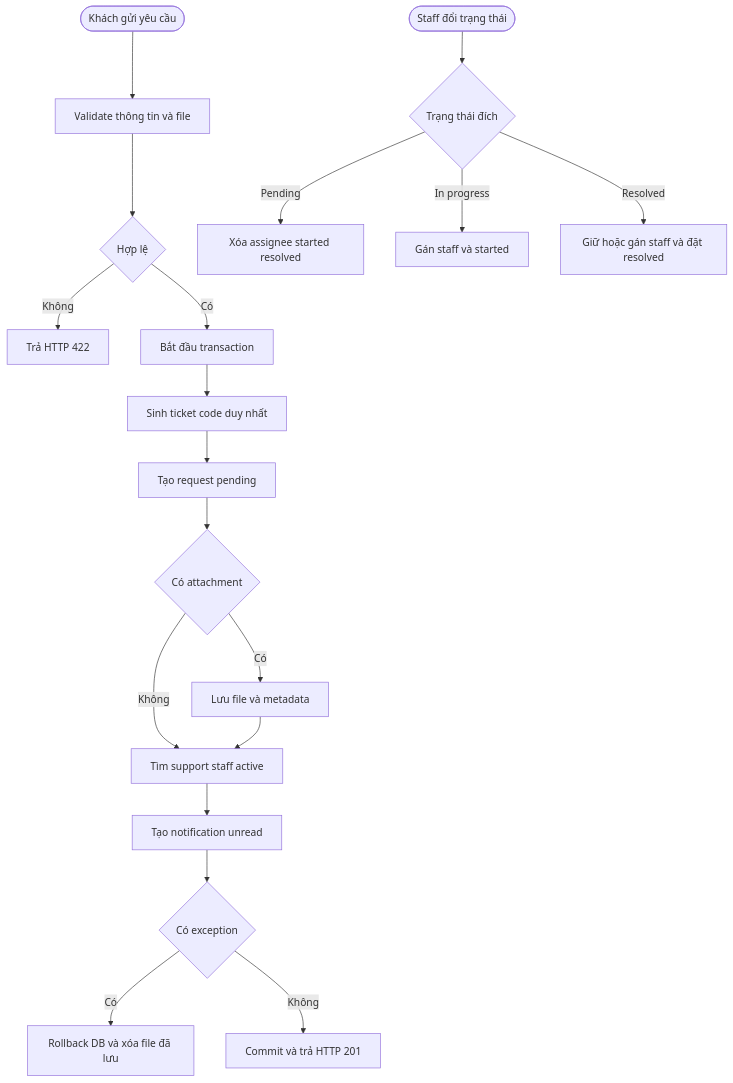
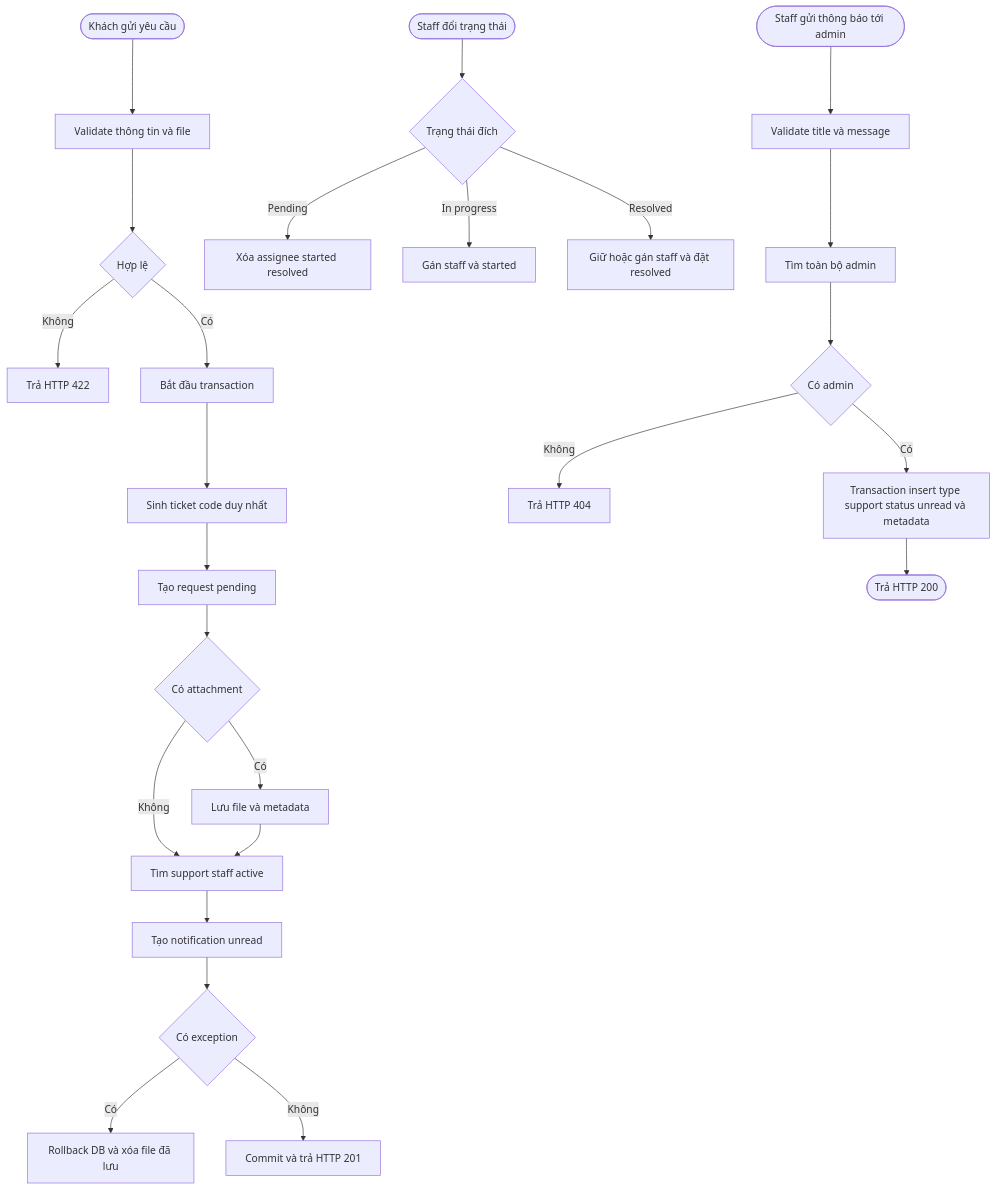
One commit to phamhoaithu2006/DATN_WD-01 changed diagram 34 of 39 in docs/reverse-engineering/06-process-and-state-diagrams.md. Above: the diagram before and after it, drawn with Mermaid. The commit also changed other lines of this file and 53 other files, not shown here.

````diff
--- a/docs/reverse-engineering/06-process-and-state-diagrams.md
+++ b/docs/reverse-engineering/06-process-and-state-diagrams.md
@@ -1207,21 +1397,27 @@
 ```mermaid
 flowchart TD
     A([Khách gửi yêu cầu]) --> B[Validate thông tin và file]
     B --> C{Hợp lệ}
     C -->|Không| X[Trả HTTP 422]
     C -->|Có| D[Bắt đầu transaction]
     D --> E[Sinh ticket code duy nhất]
     E --> F[Tạo request pending]
     F --> G{Có attachment}
     G -->|Có| H[Lưu file và metadata]
     G -->|Không| I[Tìm support staff active]
     H --> I
     I --> J[Tạo notification unread]
     J --> K{Có exception}
     K -->|Có| L[Rollback DB và xóa file đã lưu]
     K -->|Không| M[Commit và trả HTTP 201]
     N([Staff đổi trạng thái]) --> O{Trạng thái đích}
     O -->|Pending| P[Xóa assignee started resolved]
     O -->|In progress| Q[Gán staff và started]
     O -->|Resolved| R[Giữ hoặc gán staff và đặt resolved]
+    S([Staff gửi thông báo tới admin]) --> T[Validate title và message]
+    T --> U[Tìm toàn bộ admin]
+    U --> V{Có admin}
+    V -->|Không| W[Trả HTTP 404]
+    V -->|Có| AA[Transaction insert type support status unread và metadata]
+    AA --> AB([Trả HTTP 200])
 ```
````
